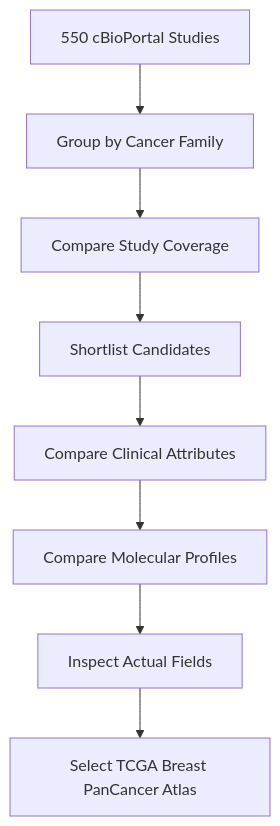
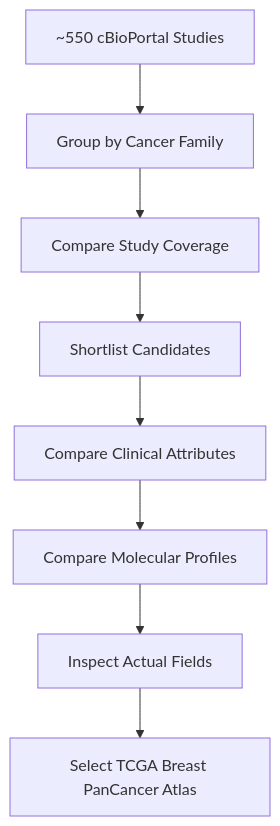
Before and after one commit to HaneefaShaikGit/biodata-copilot: the third of 3 diagrams in docs/project_journey.md, drawn with Mermaid. The commit also changed other lines of this file and 7 other files, not shown here.

````diff
--- a/docs/project_journey.md
+++ b/docs/project_journey.md
@@ -112,10 +109,10 @@
 ```mermaid
 flowchart TD
-    A[550 cBioPortal Studies] --> B[Group by Cancer Family]
+    A[~550 cBioPortal Studies] --> B[Group by Cancer Family]
     B --> C[Compare Study Coverage]
     C --> D[Shortlist Candidates]
     D --> E[Compare Clinical Attributes]
     E --> F[Compare Molecular Profiles]
     F --> G[Inspect Actual Fields]
     G --> H[Select TCGA Breast PanCancer Atlas]
 ```
````
